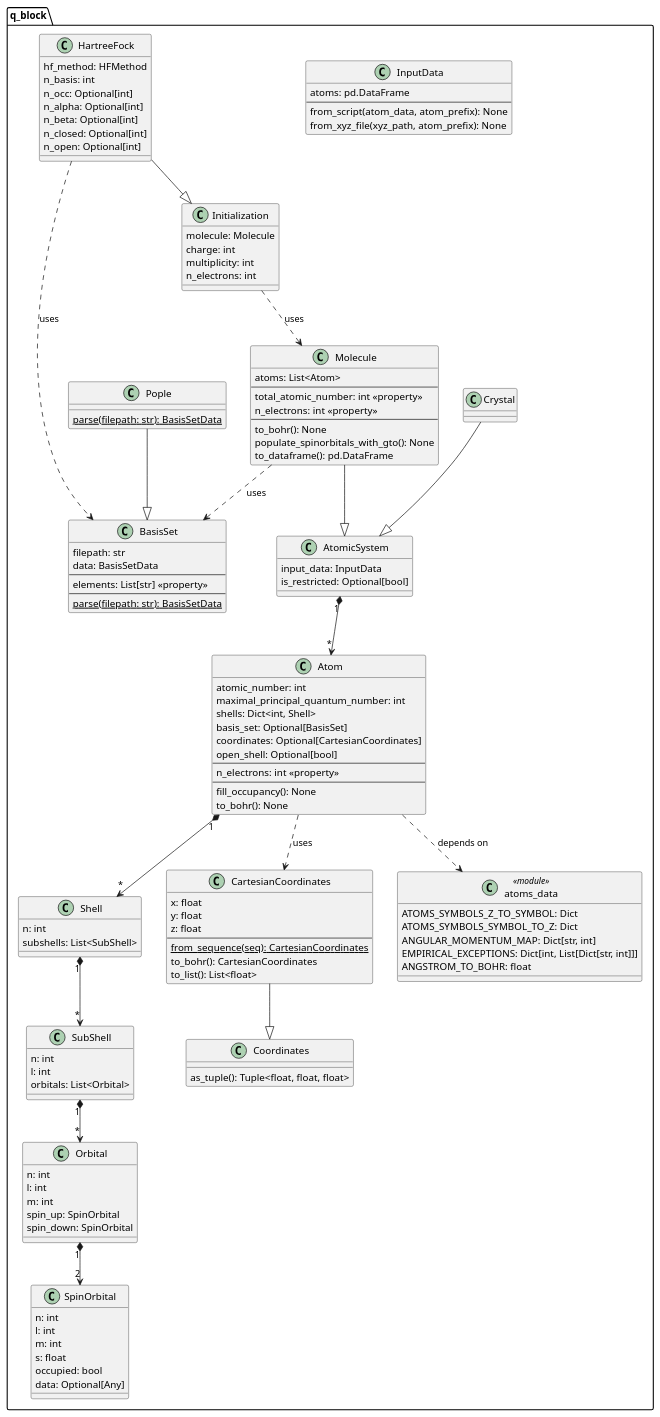
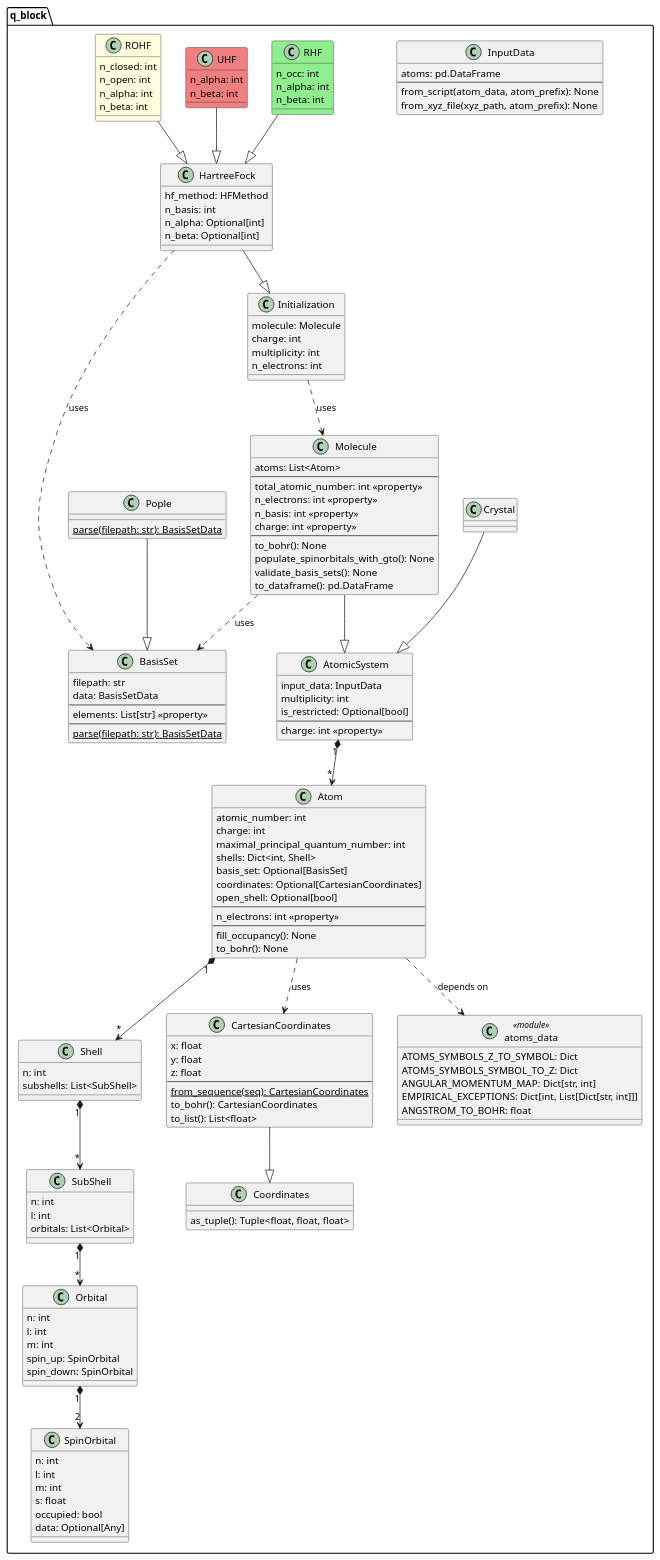
One commit to milosz-martynow/qBlock changed the diagram in architecture/bdd_q_block.puml. Above: the diagram before and after it, drawn with PlantUML. The commit also changed 15 other files, not shown here.

```diff
--- a/architecture/bdd_q_block.puml
+++ b/architecture/bdd_q_block.puml
@@ -1,175 +1,200 @@
 @startuml
 ' ==========================================================
 ' Block Definition Diagram for package q_block
 ' ==========================================================
 
 package "q_block" {
 
     ' ----------------------------------------------------------
     ' models
     ' ----------------------------------------------------------
 
     class "Atom" {
         atomic_number: int
+        charge: int
         maximal_principal_quantum_number: int
         shells: Dict<int, Shell>
         basis_set: Optional[BasisSet]
         coordinates: Optional[CartesianCoordinates]
         open_shell: Optional[bool]
         --
         n_electrons: int <<property>>
         --
         fill_occupancy(): None
         to_bohr(): None
     }
 
     class "SpinOrbital" {
         n: int
         l: int
         m: int
         s: float
         occupied: bool
         data: Optional[Any]
     }
 
     class "Orbital" {
         n: int
         l: int
         m: int
         spin_up: SpinOrbital
         spin_down: SpinOrbital
     }
 
     class "SubShell" {
         n: int
         l: int
         orbitals: List<Orbital>
     }
 
     class "Shell" {
         n: int
         subshells: List<SubShell>
     }
 
     ' ----------------------------------------------------------
     ' io
     ' ----------------------------------------------------------
 
     class "Coordinates" {
         as_tuple(): Tuple<float, float, float>
     }
 
     class "CartesianCoordinates" {
         x: float
         y: float
         z: float
         --
         {static} from_sequence(seq): CartesianCoordinates
         to_bohr(): CartesianCoordinates
         to_list(): List<float>
     }
 
     class "InputData" {
         atoms: pd.DataFrame
         --
         from_script(atom_data, atom_prefix): None
         from_xyz_file(xyz_path, atom_prefix): None
     }
 
     class "BasisSet" as BS {
         filepath: str
         data: BasisSetData
         --
         elements: List[str] <<property>>
         --
         {static} parse(filepath: str): BasisSetData
     }
 
     class "Pople" as BSP {
         {static} parse(filepath: str): BasisSetData
     }
 
     ' ----------------------------------------------------------
     ' systems
     ' ----------------------------------------------------------
 
     class "AtomicSystem" {
         input_data: InputData
+        multiplicity: int
         is_restricted: Optional[bool]
+        --
+        charge: int <<property>>
     }
 
     class "Molecule" {
         atoms: List<Atom>
         --
         total_atomic_number: int <<property>>
         n_electrons: int <<property>>
+        n_basis: int <<property>>
+        charge: int <<property>>
         --
         to_bohr(): None
         populate_spinorbitals_with_gto(): None
+        validate_basis_sets(): None
         to_dataframe(): pd.DataFrame
     }
 
     class "Crystal" {
     }
 
     ' ----------------------------------------------------------
     ' theory.initialization
     ' ----------------------------------------------------------
 
     class "Initialization" {
         molecule: Molecule
         charge: int
         multiplicity: int
         n_electrons: int
     }
 
     class "HartreeFock" {
         hf_method: HFMethod
         n_basis: int
-        n_occ: Optional[int]
         n_alpha: Optional[int]
         n_beta: Optional[int]
-        n_closed: Optional[int]
-        n_open: Optional[int]
+    }
+
+    class "RHF" #LightGreen {
+        n_occ: int
+        n_alpha: int
+        n_beta: int
+    }
+
+    class "UHF" #LightCoral {
+        n_alpha: int
+        n_beta: int
+    }
+
+    class "ROHF" #LightYellow {
+        n_closed: int
+        n_open: int
+        n_alpha: int
+        n_beta: int
     }
 
     ' ----------------------------------------------------------
     ' constants
     ' ----------------------------------------------------------
 
     class "atoms_data" as AD <<module>> {
         ATOMS_SYMBOLS_Z_TO_SYMBOL: Dict
         ATOMS_SYMBOLS_SYMBOL_TO_Z: Dict
         ANGULAR_MOMENTUM_MAP: Dict[str, int]
         EMPIRICAL_EXCEPTIONS: Dict[int, List[Dict[str, int]]]
         ANGSTROM_TO_BOHR: float
     }
 
     ' ----------------------------------------------------------
     ' Inheritance
     ' ----------------------------------------------------------
 
     CartesianCoordinates --|> Coordinates
     BSP                  --|> BS
     Molecule             --|> AtomicSystem
     Crystal              --|> AtomicSystem
     HartreeFock          --|> Initialization
+    RHF                  --|> HartreeFock
+    UHF                  --|> HartreeFock
+    ROHF                 --|> HartreeFock
 }
 
 ' ----------------------------------------------------------
 ' Relationships
 ' ----------------------------------------------------------
 
 "Atom"         "1" *--> "*" "Shell"
 "Shell"        "1" *--> "*" "SubShell"
 "SubShell"     "1" *--> "*" "Orbital"
 "Orbital"      "1" *--> "2" "SpinOrbital"
 "AtomicSystem" "1" *--> "*" "Atom"
 
 "Atom"           ..> AD  : depends on
 "Atom"           ..> "CartesianCoordinates" : uses
 "Molecule"       ..> BS  : uses
 "Initialization" ..> "Molecule" : uses
 "HartreeFock"    ..> BS  : uses
 
 @enduml
```
